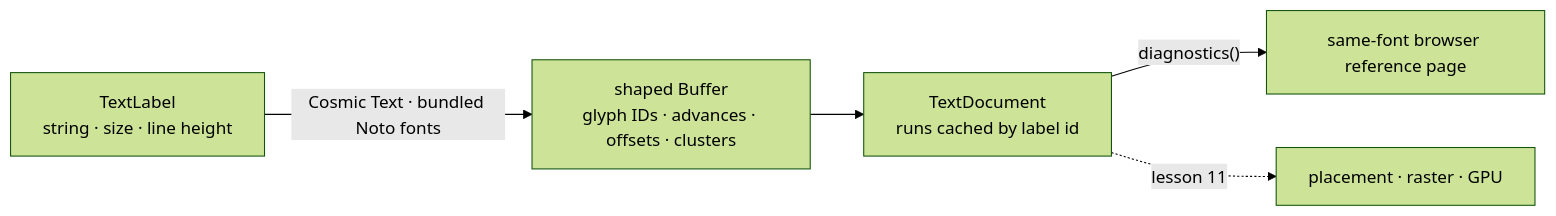
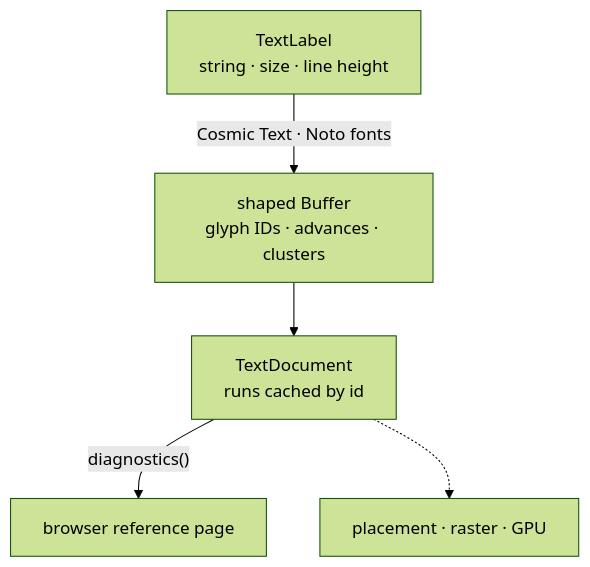
One commit to petrasvestartas/session changed the first of 10 diagrams in session_viewer/docs/10-text-layout.md. Above: the diagram before and after it, drawn with Mermaid (forest theme). The commit also changed other lines of this file and 34 other files, not shown here.

First line of the commit message:
Course: each lesson teaches its file's final form; diagrams fit the column

````diff
--- a/session_viewer/docs/10-text-layout.md
+++ b/session_viewer/docs/10-text-layout.md
@@ -5,7 +5,7 @@
 ```mermaid
-flowchart LR
-    A["TextLabel<br/>string · size · line height"] -- "Cosmic Text · bundled Noto fonts" --> B["shaped Buffer<br/>glyph IDs · advances · offsets · clusters"]
-    B --> C["TextDocument<br/>runs cached by label id"]
-    C -- "diagnostics()" --> D["same-font browser reference page"]
-    C -. "lesson 11" .-> E["placement · raster · GPU"]
+flowchart TB
+    A["TextLabel<br>string · size · line height"] -- "Cosmic Text · Noto fonts" --> B["shaped Buffer<br>glyph IDs · advances · clusters"]
+    B --> C["TextDocument<br>runs cached by id"]
+    C -- "diagnostics()" --> D["browser reference page"]
+    C -.-> E["placement · raster · GPU"]
 ```
````
